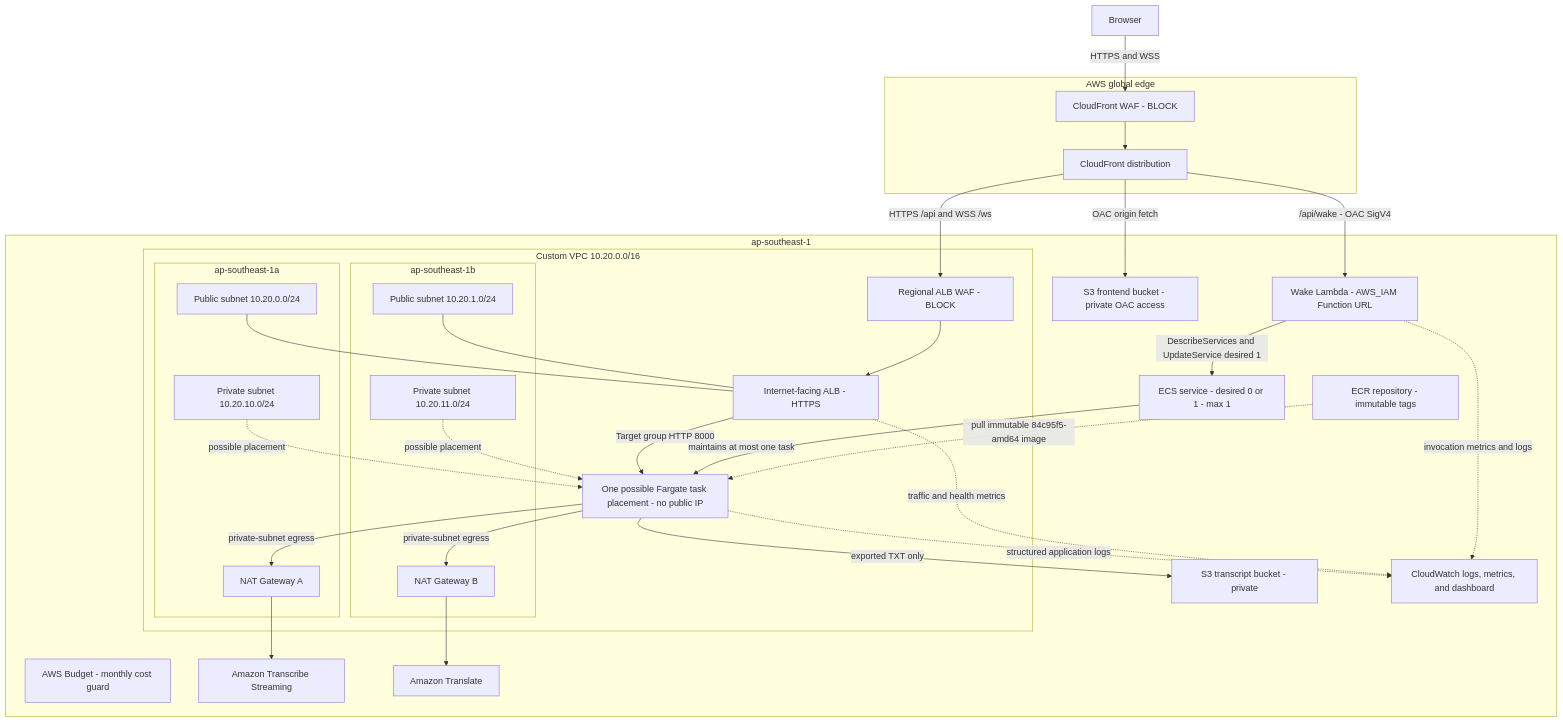
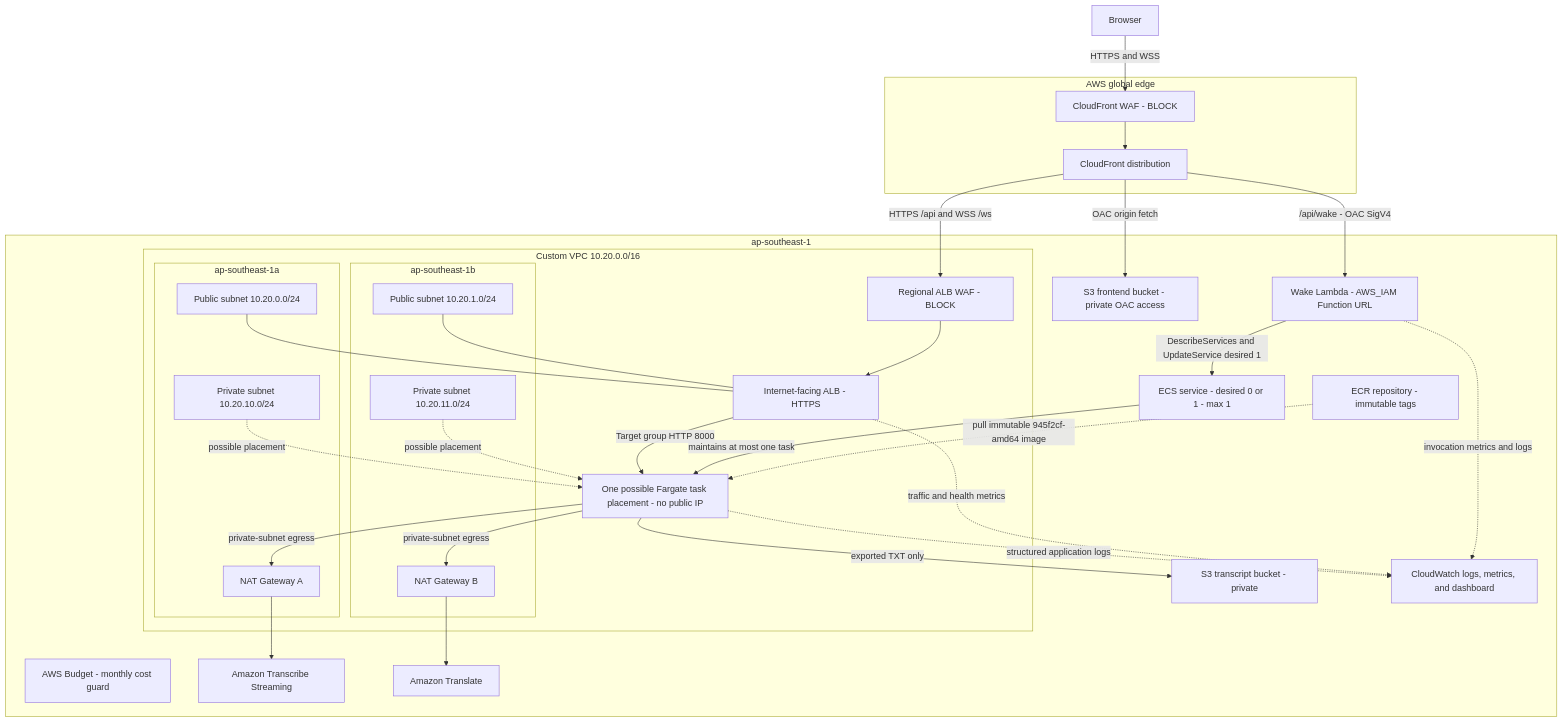
One commit to 9ducanh9/livecap changed the diagram in docs/as-deployed-architecture.md. Above: the diagram before and after it, drawn with Mermaid. The commit also changed other lines of this file, not shown here.

Commit message:
docs: sync architecture doc with live state (rev :27, CD pipeline, 10 alarms)

````diff
--- a/docs/as-deployed-architecture.md
+++ b/docs/as-deployed-architecture.md
@@ -15,64 +15,64 @@
 ```mermaid
 flowchart TB
     User["Browser"]
 
     subgraph Global["AWS global edge"]
         CFWAF["CloudFront WAF - BLOCK"]
         CF["CloudFront distribution"]
     end
 
     subgraph Region["ap-southeast-1"]
         Frontend["S3 frontend bucket - private OAC access"]
         Wake["Wake Lambda - AWS_IAM Function URL"]
         ECS["ECS service - desired 0 or 1 - max 1"]
         ECR["ECR repository - immutable tags"]
         Transcript["S3 transcript bucket - private"]
         CW["CloudWatch logs, metrics, and dashboard"]
         Budget["AWS Budget - monthly cost guard"]
 
         subgraph VPC["Custom VPC 10.20.0.0/16"]
             ALBWAF["Regional ALB WAF - BLOCK"]
             ALB["Internet-facing ALB - HTTPS"]
 
             subgraph AZA["ap-southeast-1a"]
                 PublicA["Public subnet 10.20.0.0/24"]
                 PrivateA["Private subnet 10.20.10.0/24"]
                 NATA["NAT Gateway A"]
             end
 
             subgraph AZB["ap-southeast-1b"]
                 PublicB["Public subnet 10.20.1.0/24"]
                 PrivateB["Private subnet 10.20.11.0/24"]
                 NATB["NAT Gateway B"]
             end
 
             Task["One possible Fargate task placement - no public IP"]
         end
 
         Transcribe["Amazon Transcribe Streaming"]
         Translate["Amazon Translate"]
     end
 
     User -->|HTTPS and WSS| CFWAF
     CFWAF --> CF
     CF -->|OAC origin fetch| Frontend
     CF -->|/api/wake - OAC SigV4| Wake
     Wake -->|DescribeServices and UpdateService desired 1| ECS
     CF -->|HTTPS /api and WSS /ws| ALBWAF
     ALBWAF --> ALB
     PublicA --- ALB
     PublicB --- ALB
     ALB -->|Target group HTTP 8000| Task
     ECS -->|maintains at most one task| Task
     PrivateA -.->|possible placement| Task
     PrivateB -.->|possible placement| Task
     Task -->|private-subnet egress| NATA
     Task -->|private-subnet egress| NATB
     NATA --> Transcribe
     NATB --> Translate
-    ECR -.->|pull immutable 84c95f5-amd64 image| Task
+    ECR -.->|pull immutable 945f2cf-amd64 image| Task
     Task -->|exported TXT only| Transcript
     Task -.->|structured application logs| CW
     ALB -.->|traffic and health metrics| CW
     Wake -.->|invocation metrics and logs| CW
 ```
````
